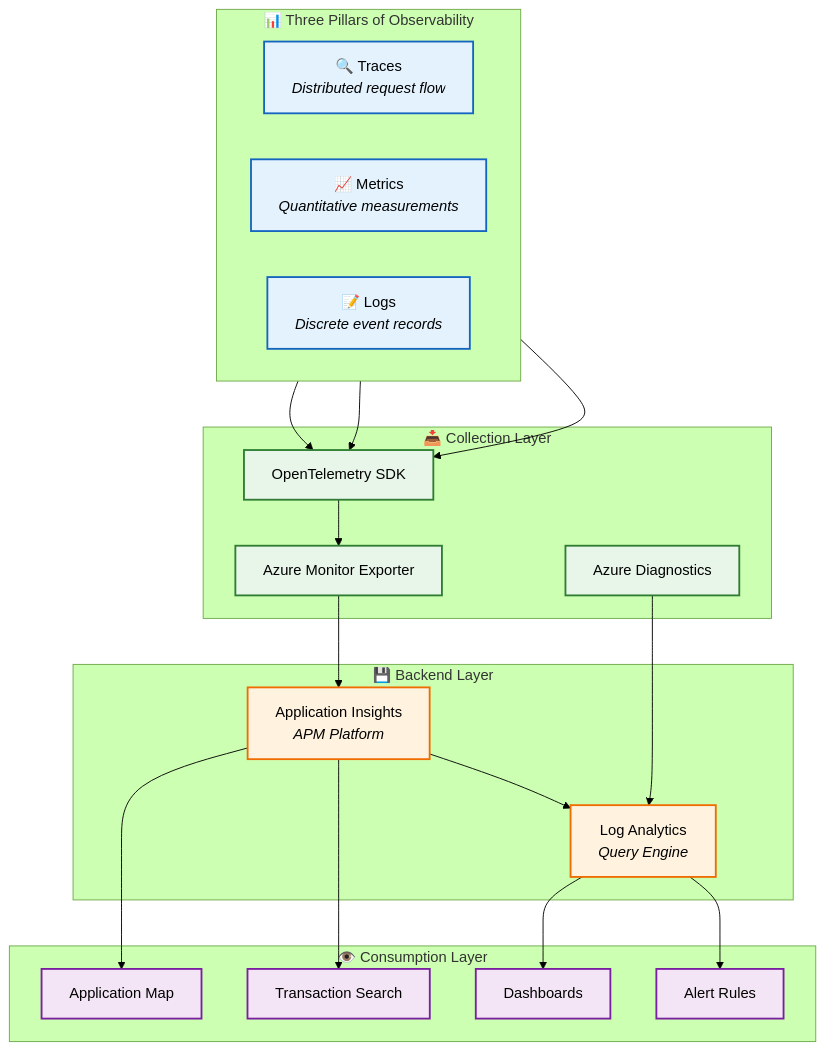
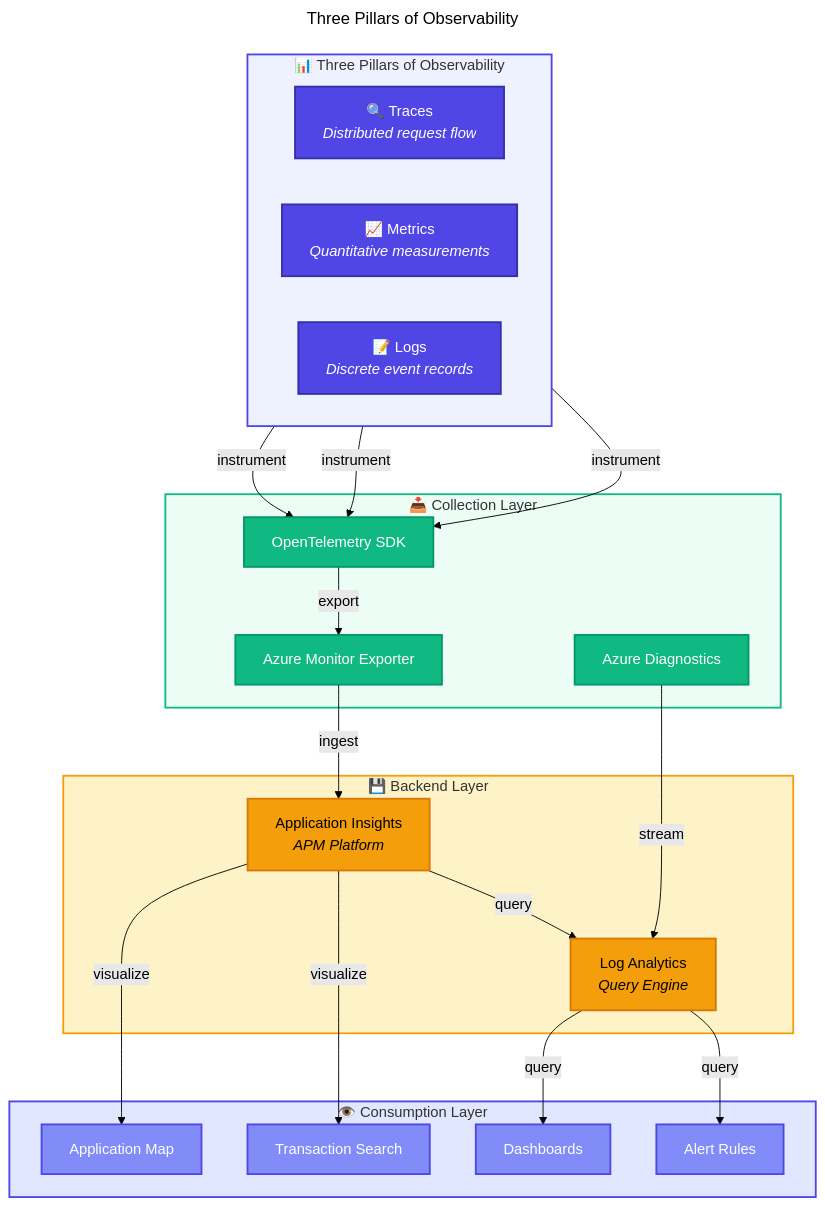
Before and after one commit to Evilazaro/Azure-LogicApps-Monitoring: the first of 2 diagrams in docs/architecture/05-observability-architecture.md, drawn with Mermaid (forest theme). The commit also changed 1 other file, not shown here.

Commit message:
refactor: Enhance technology and observability architecture documentation with improved diagrams, connections, and class definitions

````diff
--- a/docs/architecture/05-observability-architecture.md
+++ b/docs/architecture/05-observability-architecture.md
@@ -88,43 +88,61 @@
 ```mermaid
+---
+title: Three Pillars of Observability
+---
 flowchart TB
+    %% ===== THREE PILLARS =====
     subgraph Pillars["📊 Three Pillars of Observability"]
         direction LR
         Traces["🔍 Traces<br/><i>Distributed request flow</i>"]
         Metrics["📈 Metrics<br/><i>Quantitative measurements</i>"]
         Logs["📝 Logs<br/><i>Discrete event records</i>"]
     end
 
+    %% ===== COLLECTION LAYER =====
     subgraph Collection["📥 Collection Layer"]
         SDK["OpenTelemetry SDK"]
         AzMon["Azure Monitor Exporter"]
         Diag["Azure Diagnostics"]
     end
 
+    %% ===== BACKEND LAYER =====
     subgraph Backend["💾 Backend Layer"]
         AI["Application Insights<br/><i>APM Platform</i>"]
         LAW["Log Analytics<br/><i>Query Engine</i>"]
     end
 
+    %% ===== CONSUMPTION LAYER =====
     subgraph Consumption["👁️ Consumption Layer"]
         AppMap["Application Map"]
         TxSearch["Transaction Search"]
         Dashboards["Dashboards"]
         Alerts["Alert Rules"]
     end
 
-    Traces & Metrics & Logs --> SDK --> AzMon --> AI
-    Diag --> LAW
-    AI --> LAW
-    AI --> AppMap & TxSearch
-    LAW --> Dashboards & Alerts
+    %% ===== CONNECTIONS =====
+    Traces & Metrics & Logs -->|"instrument"| SDK
+    SDK -->|"export"| AzMon
+    AzMon -->|"ingest"| AI
+    Diag -->|"stream"| LAW
+    AI -->|"query"| LAW
+    AI -->|"visualize"| AppMap & TxSearch
+    LAW -->|"query"| Dashboards & Alerts
 
-    classDef pillars fill:#e3f2fd,stroke:#1565c0,stroke-width:2px
-    classDef collection fill:#e8f5e9,stroke:#2e7d32,stroke-width:2px
-    classDef backend fill:#fff3e0,stroke:#ef6c00,stroke-width:2px
-    classDef consumption fill:#f3e5f5,stroke:#7b1fa2,stroke-width:2px
+    %% ===== CLASS DEFINITIONS =====
+    classDef primary fill:#4F46E5,stroke:#3730A3,color:#FFFFFF,stroke-width:2px
+    classDef secondary fill:#10B981,stroke:#059669,color:#FFFFFF,stroke-width:2px
+    classDef datastore fill:#F59E0B,stroke:#D97706,color:#000000,stroke-width:2px
+    classDef trigger fill:#818CF8,stroke:#4F46E5,color:#FFFFFF,stroke-width:2px
 
-    class Traces,Metrics,Logs pillars
-    class SDK,AzMon,Diag collection
-    class AI,LAW backend
-    class AppMap,TxSearch,Dashboards,Alerts consumption
+    %% ===== CLASS ASSIGNMENTS =====
+    class Traces,Metrics,Logs primary
+    class SDK,AzMon,Diag secondary
+    class AI,LAW datastore
+    class AppMap,TxSearch,Dashboards,Alerts trigger
+
+    %% ===== SUBGRAPH STYLES =====
+    style Pillars fill:#EEF2FF,stroke:#4F46E5,stroke-width:2px
+    style Collection fill:#ECFDF5,stroke:#10B981,stroke-width:2px
+    style Backend fill:#FEF3C7,stroke:#F59E0B,stroke-width:2px
+    style Consumption fill:#E0E7FF,stroke:#4F46E5,stroke-width:2px
 ```
````
